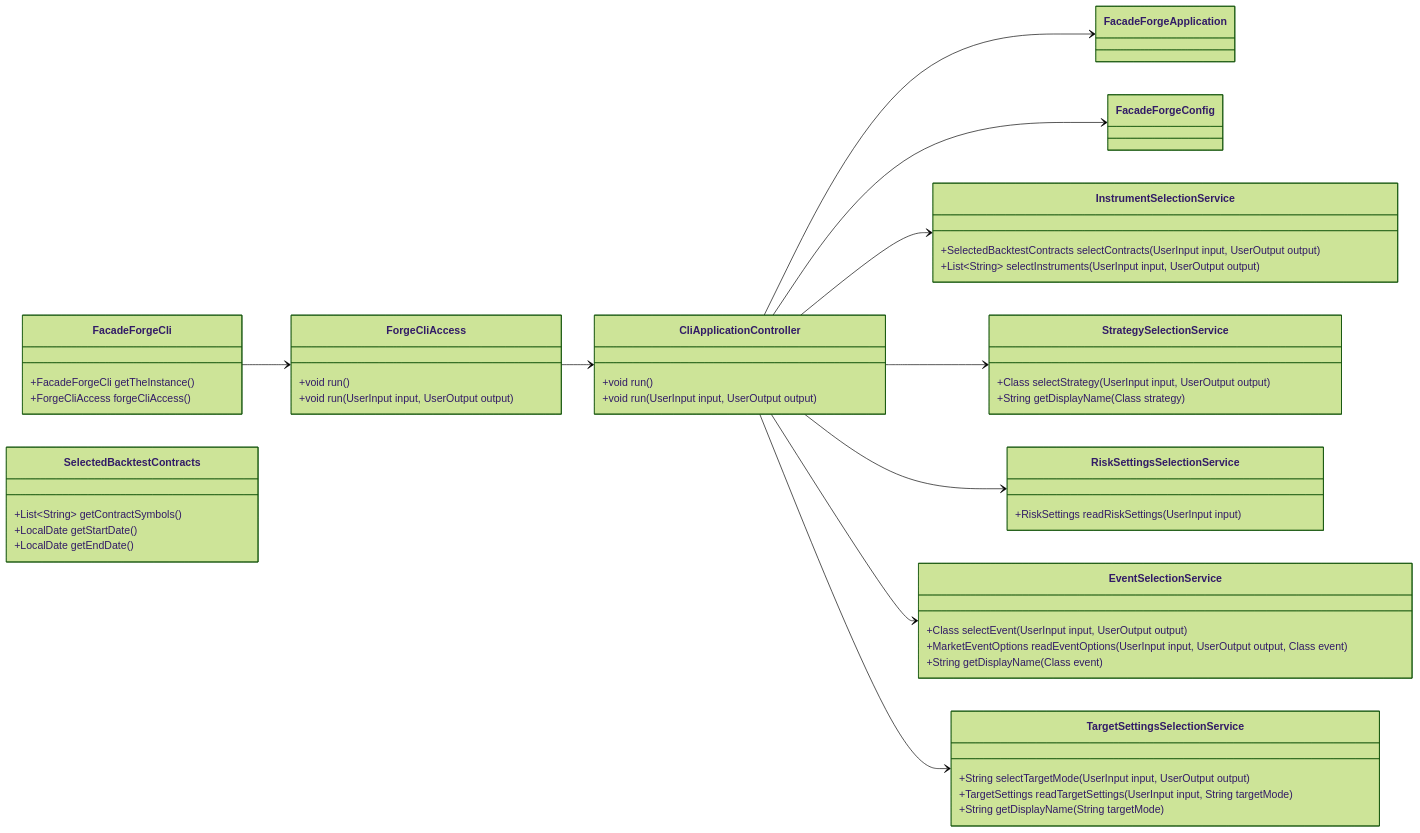
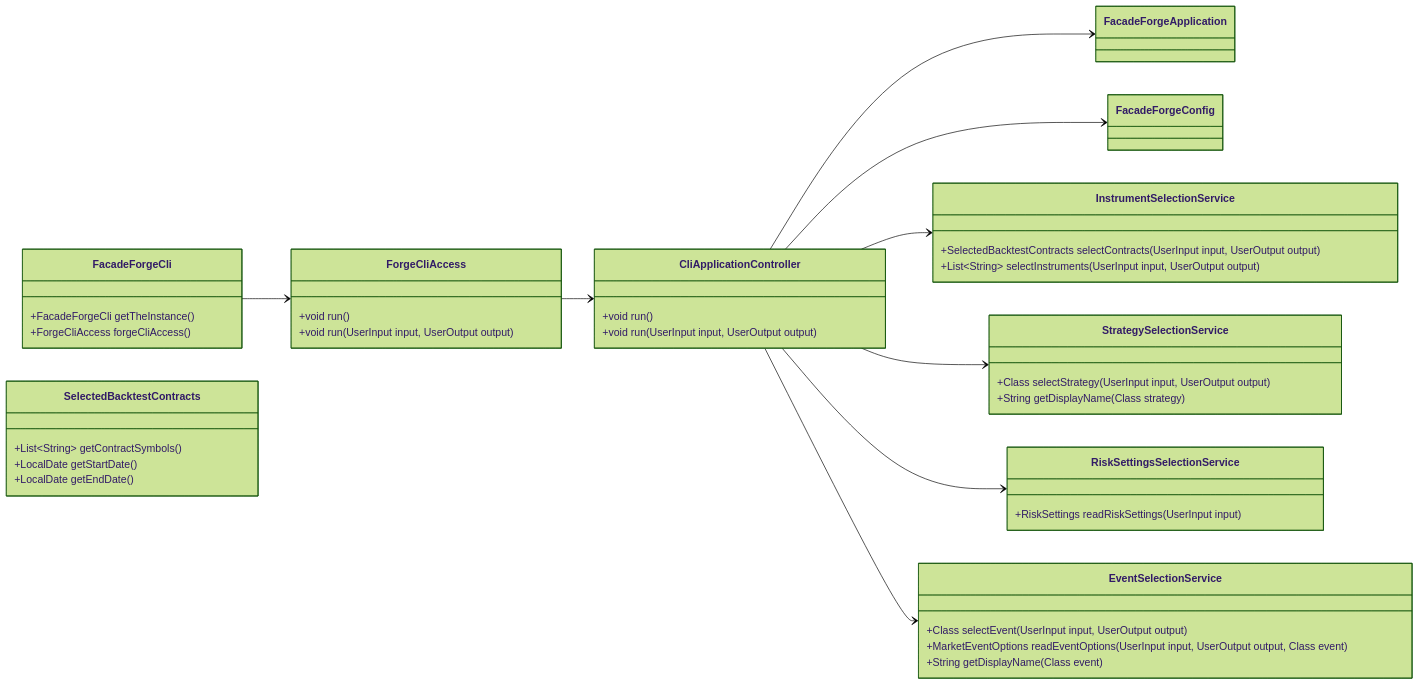
Before and after one commit to probst-paul/FORGE: the fourth of 22 diagrams in class-model.md, drawn with Mermaid (forest theme). The commit also changed other lines of this file and 17 other files, not shown here.

First line of the commit message:
Remove target settings config and risk-reward exits

````diff
--- a/class-model.md
+++ b/class-model.md
@@ -264,61 +262,54 @@
 ```mermaid
 classDiagram
     direction LR
 
     class FacadeForgeCli {
         +FacadeForgeCli getTheInstance()
         +ForgeCliAccess forgeCliAccess()
     }
 
     class ForgeCliAccess {
         +void run()
         +void run(UserInput input, UserOutput output)
     }
 
     class CliApplicationController {
         +void run()
         +void run(UserInput input, UserOutput output)
     }
 
     class InstrumentSelectionService {
         +SelectedBacktestContracts selectContracts(UserInput input, UserOutput output)
         +List~String~ selectInstruments(UserInput input, UserOutput output)
     }
 
     class SelectedBacktestContracts {
         +List~String~ getContractSymbols()
         +LocalDate getStartDate()
         +LocalDate getEndDate()
     }
 
     class StrategySelectionService {
         +Class selectStrategy(UserInput input, UserOutput output)
         +String getDisplayName(Class strategy)
     }
 
     class RiskSettingsSelectionService {
         +RiskSettings readRiskSettings(UserInput input)
     }
 
     class EventSelectionService {
         +Class selectEvent(UserInput input, UserOutput output)
         +MarketEventOptions readEventOptions(UserInput input, UserOutput output, Class event)
         +String getDisplayName(Class event)
     }
 
-    class TargetSettingsSelectionService {
-        +String selectTargetMode(UserInput input, UserOutput output)
-        +TargetSettings readTargetSettings(UserInput input, String targetMode)
-        +String getDisplayName(String targetMode)
-    }
-
     FacadeForgeCli --> ForgeCliAccess
     ForgeCliAccess --> CliApplicationController
     CliApplicationController --> FacadeForgeApplication
     CliApplicationController --> FacadeForgeConfig
     CliApplicationController --> InstrumentSelectionService
     CliApplicationController --> StrategySelectionService
     CliApplicationController --> RiskSettingsSelectionService
     CliApplicationController --> EventSelectionService
-    CliApplicationController --> TargetSettingsSelectionService
 ```
````
